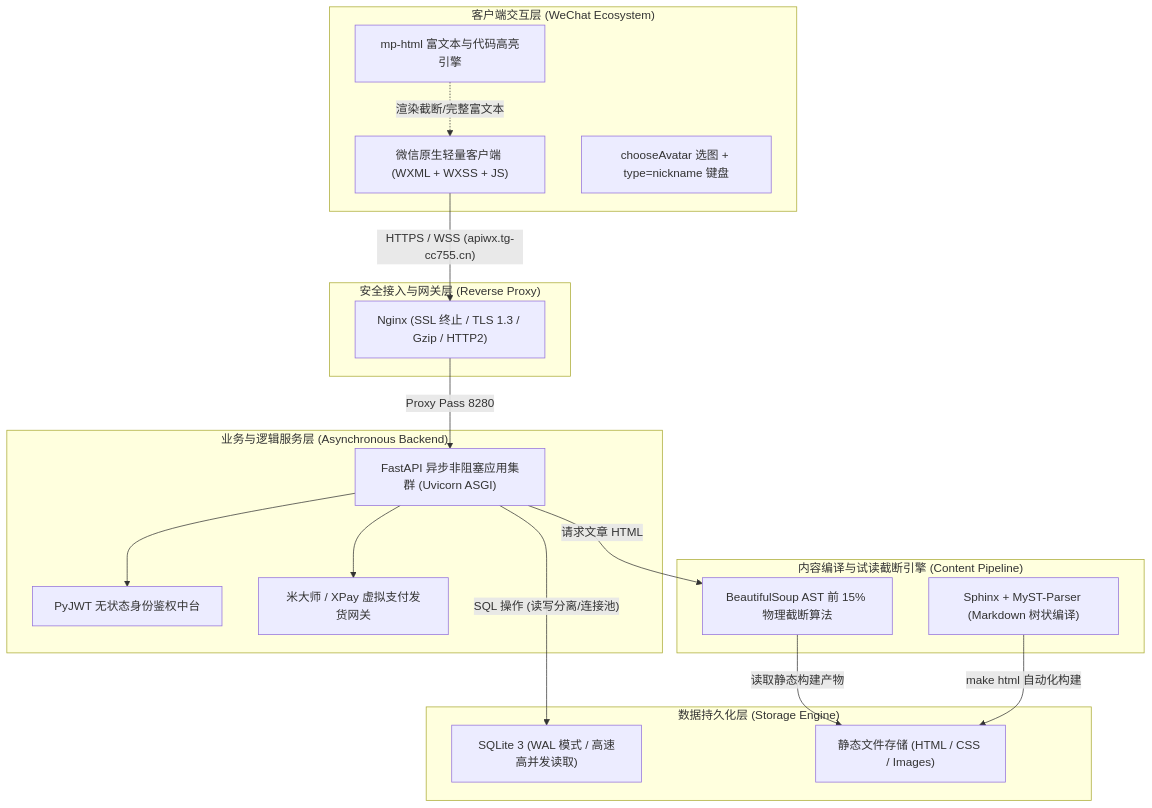
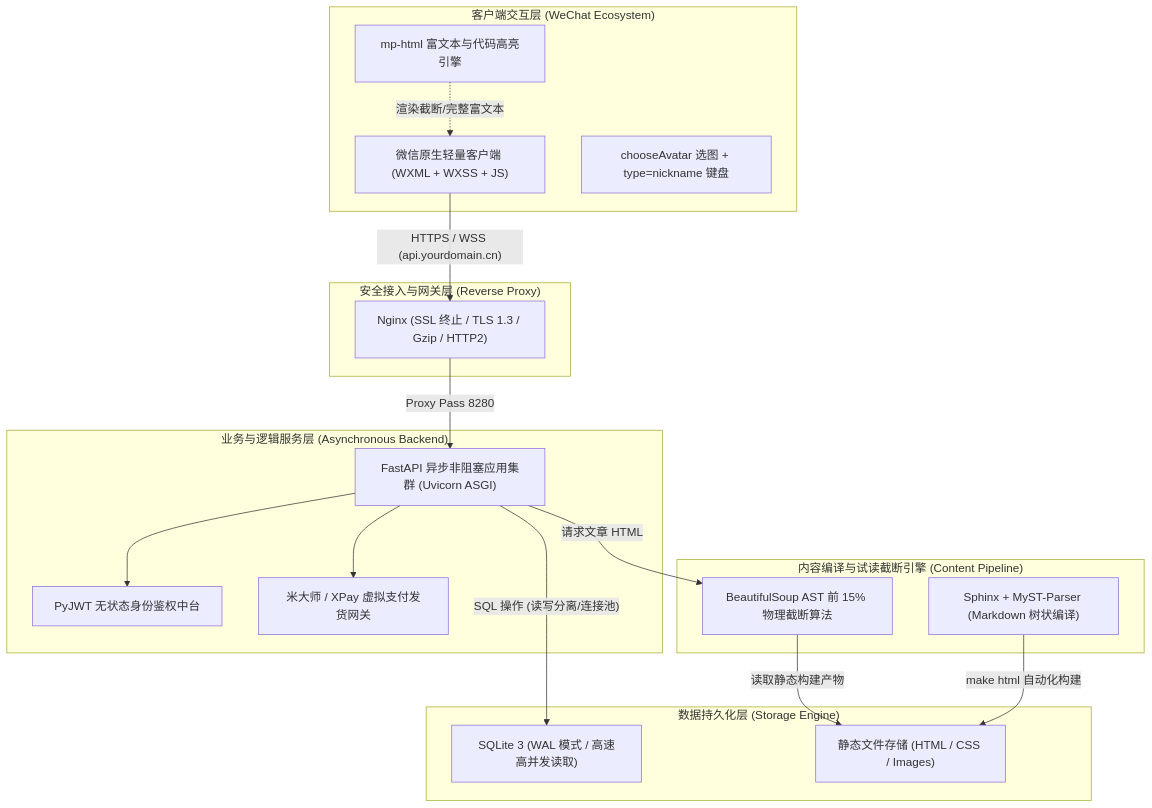
One commit to ponyletter/py310sphinx_knowledge changed the diagram in docs/source/courses/wxapp_sphinx_from_zero/stage1_commercial_and_benchmarks/05_technology_selection_matrix.md. Above: the diagram before and after it, drawn with Mermaid. The commit also changed 14 other files, not shown here.

````diff
--- a/docs/source/courses/wxapp_sphinx_from_zero/stage1_commercial_and_benchmarks/05_technology_selection_matrix.md
+++ b/docs/source/courses/wxapp_sphinx_from_zero/stage1_commercial_and_benchmarks/05_technology_selection_matrix.md
@@ -11,38 +11,38 @@
 ```{mermaid}
 graph TD
     subgraph Client["客户端交互层 (WeChat Ecosystem)"]
         UI["微信原生轻量客户端 (WXML + WXSS + JS)"]
         MpHtml["mp-html 富文本与代码高亮引擎"]
         AuthComp["chooseAvatar 选图 + type=nickname 键盘"]
     end
 
     subgraph Gateway["安全接入与网关层 (Reverse Proxy)"]
         Nginx["Nginx (SSL 终止 / TLS 1.3 / Gzip / HTTP2)"]
     end
 
     subgraph Service["业务与逻辑服务层 (Asynchronous Backend)"]
         FastAPI["FastAPI 异步非阻塞应用集群 (Uvicorn ASGI)"]
         JWT["PyJWT 无状态身份鉴权中台"]
         XPay["米大师 / XPay 虚拟支付发货网关"]
     end
 
     subgraph Engine["内容编译与试读截断引擎 (Content Pipeline)"]
         Sphinx["Sphinx + MyST-Parser (Markdown 树状编译)"]
         ASTCutoff["BeautifulSoup AST 前 15% 物理截断算法"]
     end
 
     subgraph Storage["数据持久化层 (Storage Engine)"]
         SQLite["SQLite 3 (WAL 模式 / 高速高并发读取)"]
         StaticFS["静态文件存储 (HTML / CSS / Images)"]
     end
 
-    UI -->|"HTTPS / WSS (apiwx.tg-cc755.cn)"| Nginx
+    UI -->|"HTTPS / WSS (api.yourdomain.cn)"| Nginx
     Nginx -->|"Proxy Pass 8280"| FastAPI
     FastAPI --> JWT
     FastAPI --> XPay
     FastAPI -->|"请求文章 HTML"| ASTCutoff
     ASTCutoff -->|"读取静态构建产物"| StaticFS
     Sphinx -->|"make html 自动化构建"| StaticFS
     FastAPI -->|"SQL 操作 (读写分离/连接池)"| SQLite
     MpHtml -.->|"渲染截断/完整富文本"| UI
 ```
````
